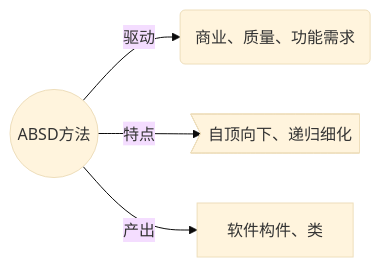
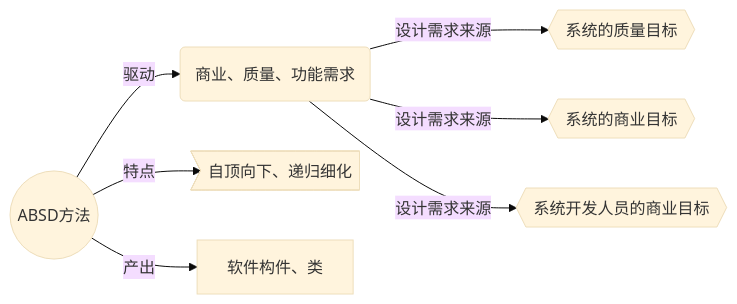
One commit to 290044632/bookmark changed the third of 3 diagrams in 软考复习/基于架构的软件开发.md. Above: the diagram before and after it, drawn with Mermaid (base theme). The commit also changed 5 other files, not shown here.

````diff
--- a/软考复习/基于架构的软件开发.md
+++ b/软考复习/基于架构的软件开发.md
@@ -27,7 +27,10 @@
 ```mermaid
 flowchart LR
 A(("ABSD方法"))
 A-->|驱动|B("商业、质量、功能需求")
+B-->|设计需求来源|B1{{"系统的质量目标"}}
+B-->|设计需求来源|B2{{"系统的商业目标"}}
+B-->|设计需求来源|B3{{"系统开发人员的商业目标"}}
 A-->|特点|C>"自顶向下、递归细化"]
 A-->|产出|D["软件构件、类"]
 ```
````
